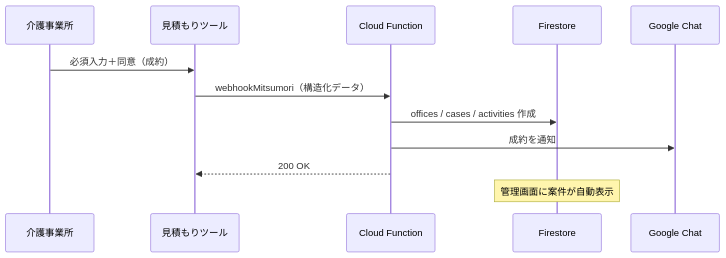
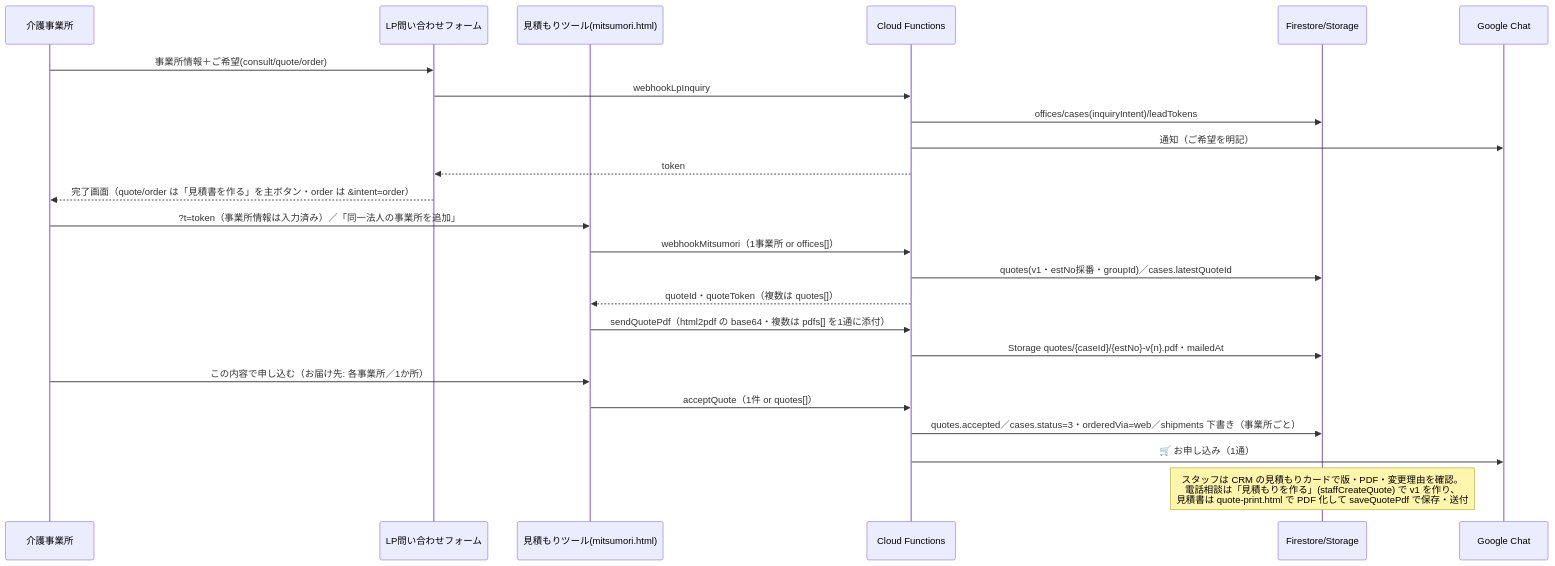
The sixth of 6 diagrams in ENGINEERING_NOTES.md (npo-tadakayo/kjk-tadakayo), drawn with Mermaid before and after one commit. The commit also changed other lines of this file and 12 other files, not shown here.

````diff
--- a/ENGINEERING_NOTES.md
+++ b/ENGINEERING_NOTES.md
@@ -412,14 +431,26 @@
 ```mermaid
 sequenceDiagram
   participant U as 介護事業所
-  participant LP as 見積もりツール
-  participant FN as Cloud Function
-  participant DB as Firestore
+  participant LP as LP問い合わせフォーム
+  participant MT as 見積もりツール(mitsumori.html)
+  participant FN as Cloud Functions
+  participant DB as Firestore/Storage
   participant CH as Google Chat
-  U->>LP: 必須入力＋同意（成約）
-  LP->>FN: webhookMitsumori（構造化データ）
-  FN->>DB: offices / cases / activities 作成
-  FN->>CH: 成約を通知
-  FN-->>LP: 200 OK
-  Note over DB: 管理画面に案件が自動表示
+  U->>LP: 事業所情報＋ご希望(consult/quote/order)
+  LP->>FN: webhookLpInquiry
+  FN->>DB: offices/cases(inquiryIntent)/leadTokens
+  FN->>CH: 通知（ご希望を明記）
+  FN-->>LP: token
+  LP-->>U: 完了画面（quote/order は「見積書を作る」を主ボタン・order は &intent=order）
+  U->>MT: ?t=token（事業所情報は入力済み）／「同一法人の事業所を追加」
+  MT->>FN: webhookMitsumori（1事業所 or offices[]）
+  FN->>DB: quotes(v1・estNo採番・groupId)／cases.latestQuoteId
+  FN-->>MT: quoteId・quoteToken（複数は quotes[]）
+  MT->>FN: sendQuotePdf（html2pdf の base64・複数は pdfs[] を1通に添付）
+  FN->>DB: Storage quotes/{caseId}/{estNo}-v{n}.pdf・mailedAt
+  U->>MT: この内容で申し込む（お届け先: 各事業所／1か所）
+  MT->>FN: acceptQuote（1件 or quotes[]）
+  FN->>DB: quotes.accepted／cases.status=3・orderedVia=web／shipments 下書き（事業所ごと）
+  FN->>CH: 🛒 お申し込み（1通）
+  Note over DB: スタッフは CRM の見積もりカードで版・PDF・変更理由を確認。<br/>電話相談は「見積もりを作る」(staffCreateQuote) で v1 を作り、<br/>見積書は quote-print.html で PDF 化して saveQuotePdf で保存・送付
 ```
````
